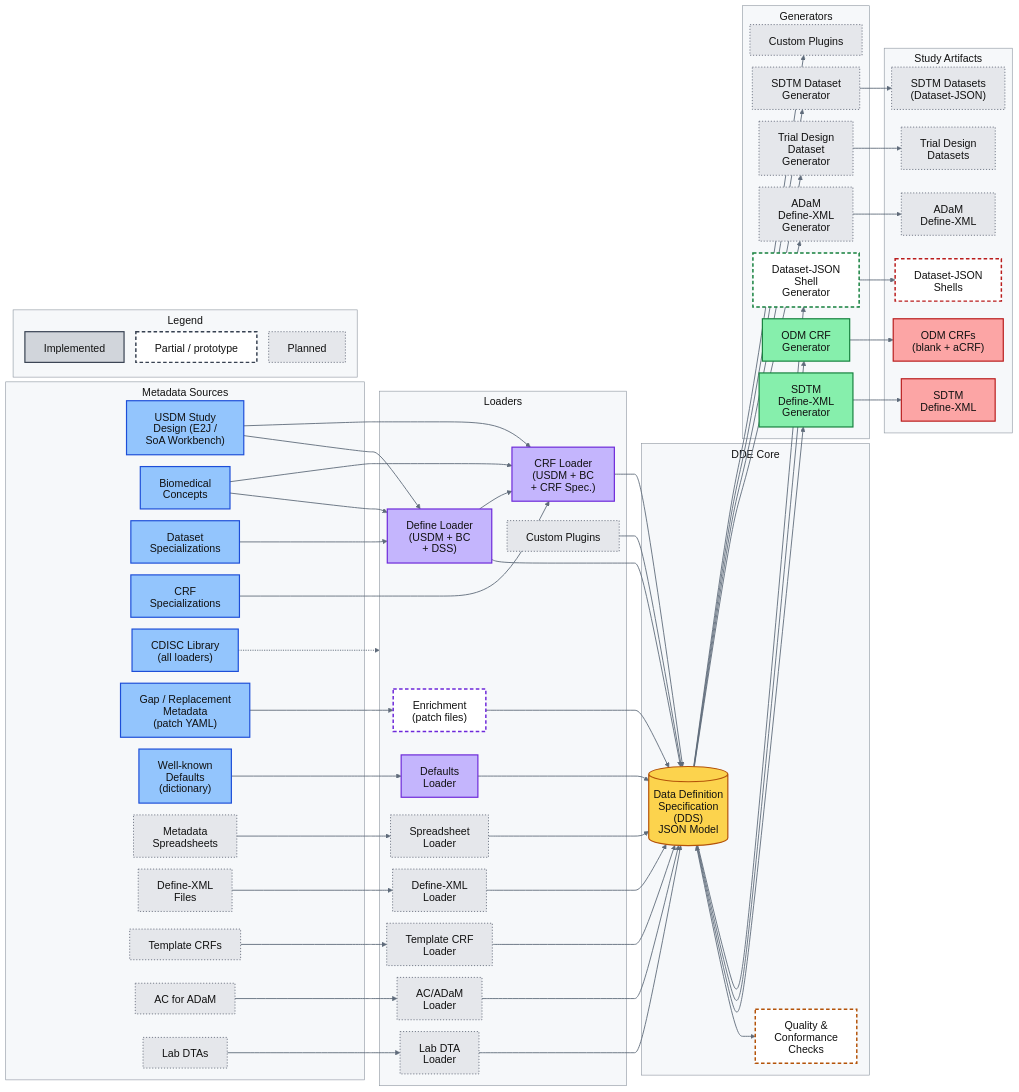
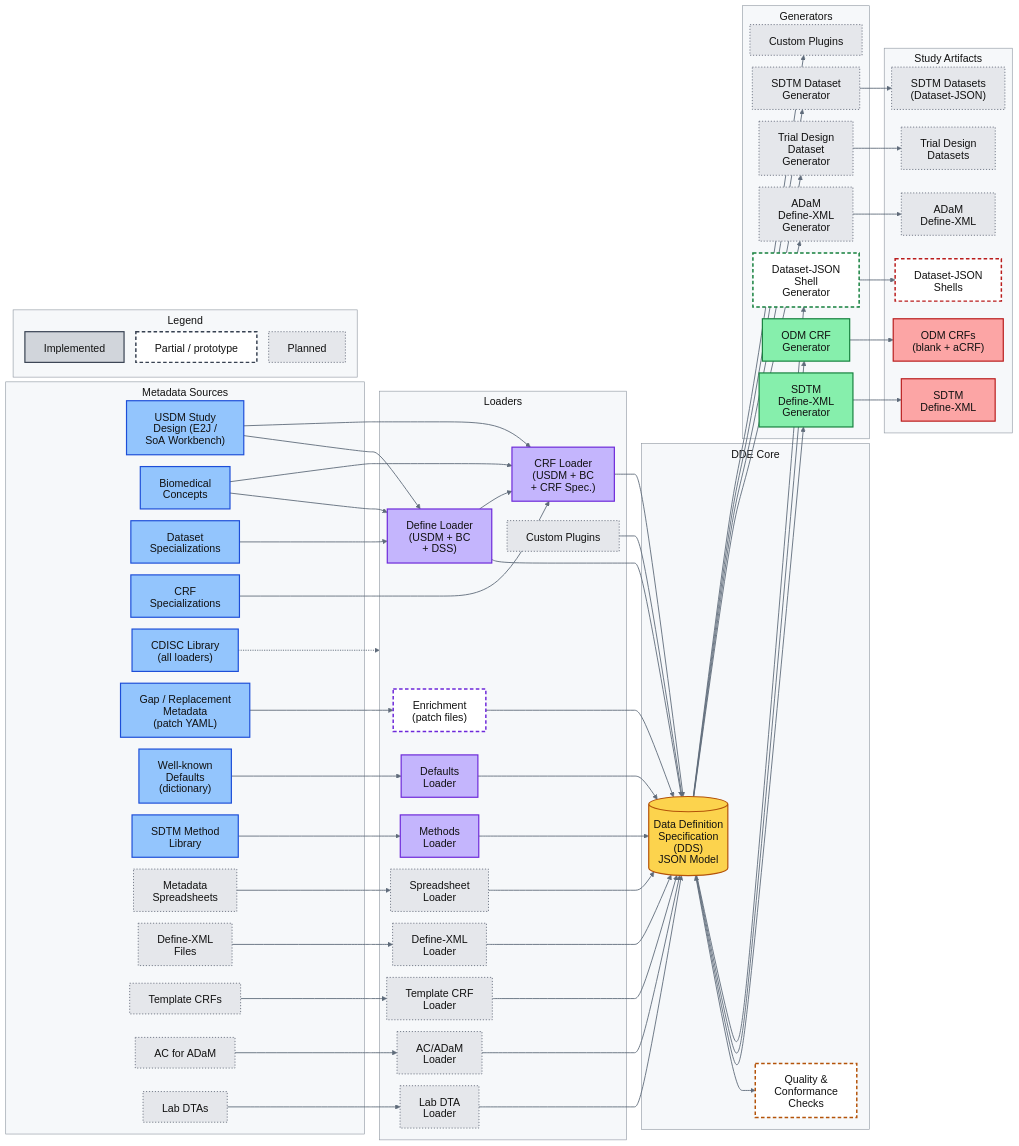
The diagram in documents/Solution_Overview.md (cdisc-org/data-definition-engine), drawn with Mermaid before and after one commit. The commit also changed other lines of this file and 12 other files, not shown here.

```diff
--- a/documents/Solution_Overview.md
+++ b/documents/Solution_Overview.md
@@ -28,6 +28,7 @@
         CLIB["CDISC Library<br/>(all loaders)"]
         GAP["Gap / Replacement<br/>Metadata<br/>(patch YAML)"]
         DEFS["Well-known<br/>Defaults<br/>(dictionary)"]
+        METH["SDTM Method<br/>Library"]
         XLS["Metadata<br/>Spreadsheets"]
         DEF_IN["Define-XML<br/>Files"]
         CRF_IN["Template CRFs"]
@@ -40,6 +41,7 @@
         L7["CRF Loader<br/>(USDM + BC<br/>+ CRF Spec.)"]
         L6["Enrichment<br/>(patch files)"]
         L9["Defaults<br/>Loader"]
+        L10["Methods<br/>Loader"]
         L2["Spreadsheet<br/>Loader"]
         L3["Define-XML<br/>Loader"]
         L4["Template CRF<br/>Loader"]
@@ -87,6 +89,7 @@
     CRFS --> L7
     GAP --> L6
     DEFS --> L9
+    METH --> L10
     XLS --> L2
     DEF_IN --> L3
     CRF_IN --> L4
@@ -100,6 +103,7 @@
     L7 --> DDS
     L6 --> DDS
     L9 --> DDS
+    L10 --> DDS
     L2 --> DDS
     L3 --> DDS
     L4 --> DDS
@@ -144,8 +148,8 @@
     classDef legendPartial fill:#fff,stroke:#374151,stroke-width:2.5px,stroke-dasharray: 6 4,color:#111
     linkStyle default stroke:#5f6b7a,stroke-width:1.5px
 
-    class USDM,BC,DSS,CRFS,CLIB,GAP,DEFS source
-    class L1,L7,L9 loader
+    class USDM,BC,DSS,CRFS,CLIB,GAP,DEFS,METH source
+    class L1,L7,L9,L10 loader
     class DDS core
     class G1,G3 generator
     class A1,A3 artifact
```
